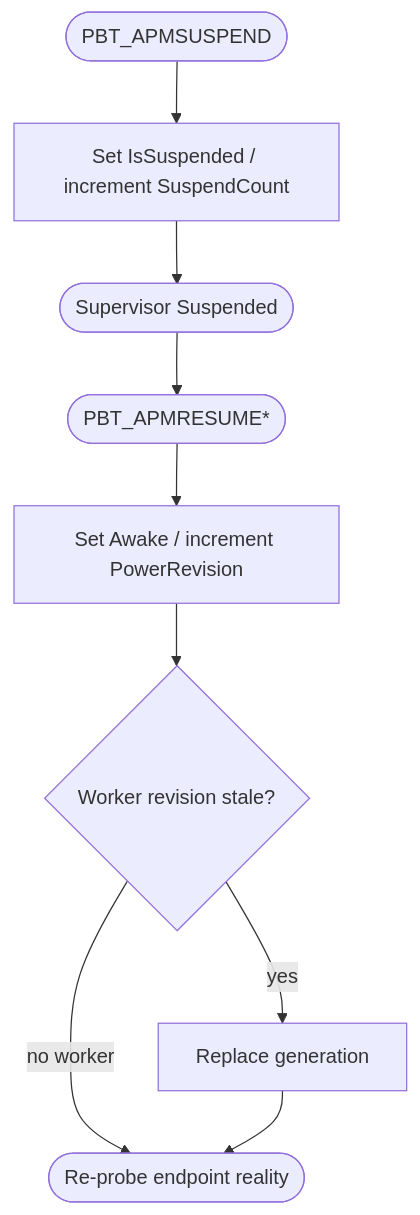
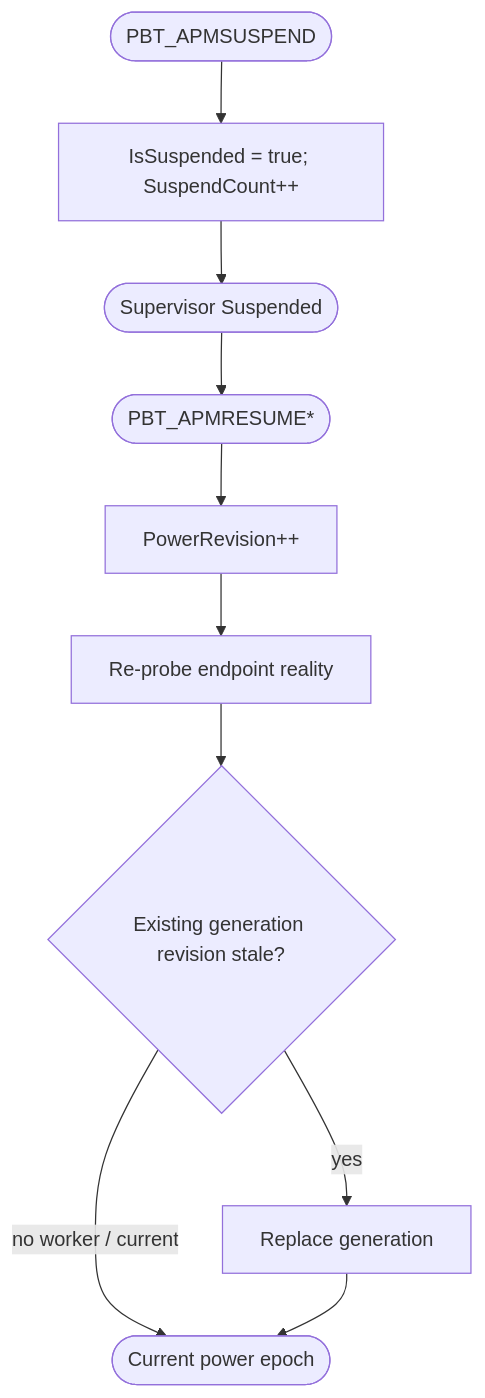
Before and after one commit to STanJK/LE-Audio-Relay: the diagram in VF/power-lifecycle.vf.md, drawn with Mermaid. The commit also changed other lines of this file and 10 other files, not shown here.

Commit message:
docs(vfkb): refactor current semantic graph around ownership and liveness

````diff
--- a/VF/power-lifecycle.vf.md
+++ b/VF/power-lifecycle.vf.md
@@ -75,23 +75,12 @@
 ```mermaid
 flowchart TD
-    %% vf:flow id="power-lifecycle"
-
-    suspend(["PBT_APMSUSPEND"])
-    fact["Set IsSuspended / increment SuspendCount"]
-    wait(["Supervisor Suspended"])
-
-    resume(["PBT_APMRESUME*"])
-    revision["Set Awake / increment PowerRevision"]
-    stale{"Worker revision stale?"}
-    replace["Replace generation"]
-    reconcile(["Re-probe endpoint reality"])
-
-    suspend --> fact
-    fact --> wait
-    wait --> resume
-    resume --> revision
-    revision --> stale
-    stale -->|"yes"| replace
-    stale -->|"no worker"| reconcile
-    replace --> reconcile
+    suspend(["PBT_APMSUSPEND"]) --> fact["IsSuspended = true; SuspendCount++"]
+    fact --> wait(["Supervisor Suspended"])
+    wait --> resume(["PBT_APMRESUME*"])
+    resume --> revision["PowerRevision++"]
+    revision --> probe["Re-probe endpoint reality"]
+    probe --> stale{"Existing generation revision stale?"}
+    stale -->|"yes"| replace["Replace generation"]
+    stale -->|"no worker / current"| done(["Current power epoch"])
+    replace --> done
 ```
````
